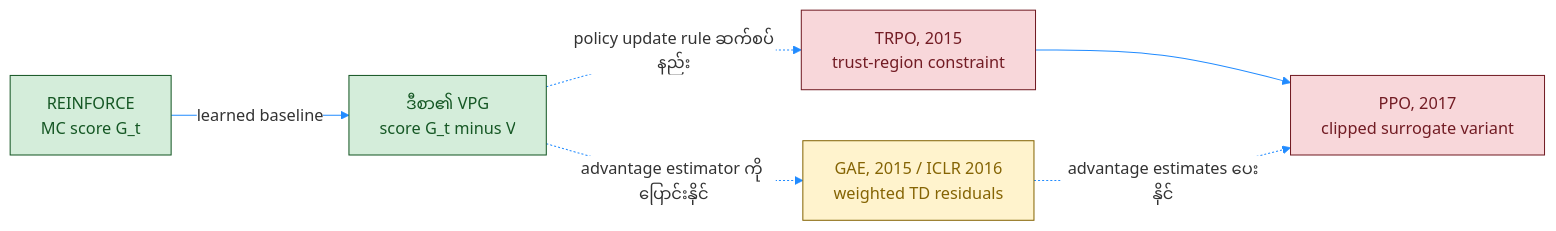
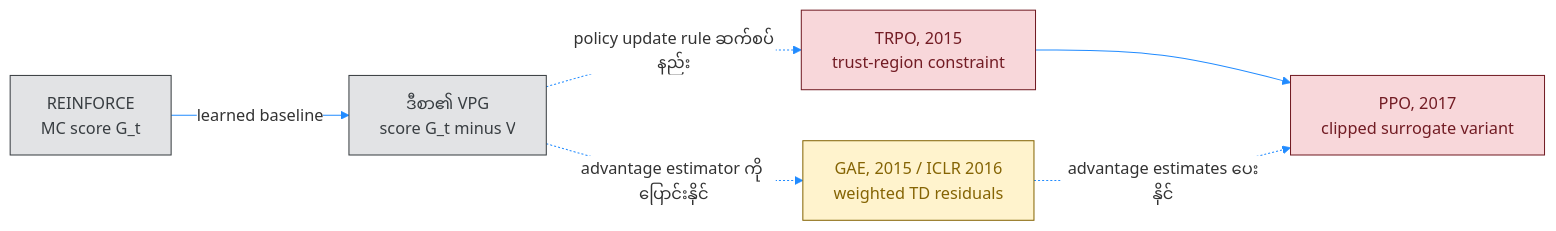
One commit to Open-Source-Robotics-For-Myanmar/rl changed the third of 3 diagrams in Day81 RL python/02_Miguel Morales - Grokking Deep Reinforcement Learning/02_rl_with_dl/rom_photos/07_1_PB_VPG.md. Above: the diagram before and after it, drawn with Mermaid. The commit also changed other lines of this file and 12 other files, not shown here.

````diff
--- a/Day81 RL python/02_Miguel Morales - Grokking Deep Reinforcement Learning/02_rl_with_dl/rom_photos/07_1_PB_VPG.md
+++ b/Day81 RL python/02_Miguel Morales - Grokking Deep Reinforcement Learning/02_rl_with_dl/rom_photos/07_1_PB_VPG.md
@@ -136,16 +151,17 @@
 ```mermaid
 %%{init: {'theme': 'base', 'themeVariables': { 'primaryColor': '#ffffff', 'lineColor': '#218bff'}}}%%
 flowchart LR
     R["REINFORCE<br/>MC score G_t"] -->|"learned baseline"| V["ဒီစာ၏ VPG<br/>score G_t minus V"]
     V -.->|"advantage estimator ကို ပြောင်းနိုင်"| G["GAE, 2015 / ICLR 2016<br/>weighted TD residuals"]
     V -.->|"policy update rule ဆက်စပ်နည်း"| T["TRPO, 2015<br/>trust-region constraint"]
     T --> P["PPO, 2017<br/>clipped surrogate variant"]
     G -.->|"advantage estimates ပေးနိုင်"| P
 
-    classDef network fill:#d4edda,stroke:#155724,stroke-width:1px,color:#155724;
-    classDef advantage fill:#fff3cd,stroke:#856404,stroke-width:1px,color:#856404;
-    classDef update fill:#f8d7da,stroke:#721c24,stroke-width:1px,color:#721c24;
-    class R,V network;
-    class G advantage;
-    class T,P update;
+    classDef batch fill:#fff3cd,stroke:#856404,stroke-width:1px,color:#856404;
+    classDef train fill:#f8d7da,stroke:#721c24,stroke-width:1px,color:#721c24;
+    classDef result fill:#e2e3e5,stroke:#383d41,stroke-width:1px,color:#383d41;
+
+    class G batch;
+    class T,P train;
+    class R,V result;
 ```
````
